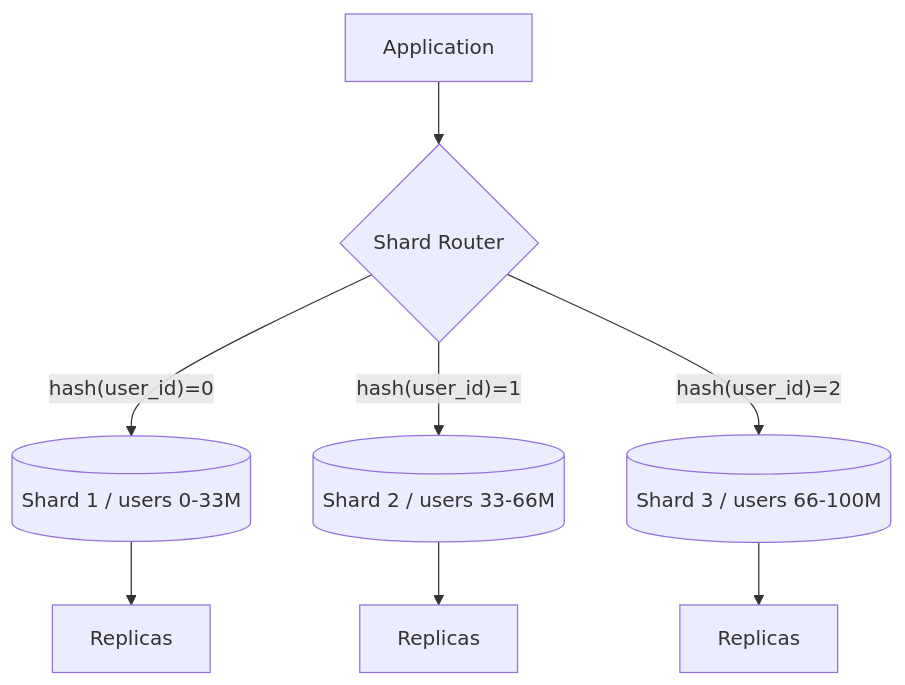
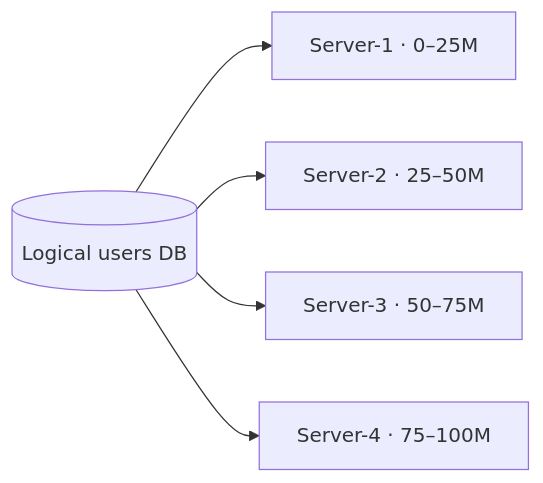
Before and after one commit to hareramcse/SystemDesign: the second of 44 diagrams in 05-distributed-databases/README.md, drawn with Mermaid. The commit also changed other lines of this file, not shown here.

````diff
--- a/05-distributed-databases/README.md
+++ b/05-distributed-databases/README.md
@@ -208,10 +109,7 @@
 ```mermaid
-flowchart TB
-    App[Application] --> Router{Shard Router}
-    Router -->|"hash(user_id)=0"| S1[(Shard 1 / users 0-33M)]
-    Router -->|"hash(user_id)=1"| S2[(Shard 2 / users 33-66M)]
-    Router -->|"hash(user_id)=2"| S3[(Shard 3 / users 66-100M)]
-    S1 --> R1[Replicas]
-    S2 --> R2[Replicas]
-    S3 --> R3[Replicas]
+flowchart LR
+    DB[(Logical users DB)] --> S1[Server-1 · 0–25M]
+    DB --> S2[Server-2 · 25–50M]
+    DB --> S3[Server-3 · 50–75M]
+    DB --> S4[Server-4 · 75–100M]
 ```
````
